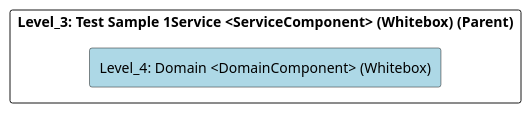
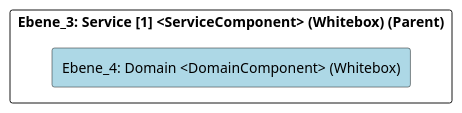
The diagram in src/cleon.architecturemethods.arc42.sample/doc/cleon_architecturemethods_arc42_sample_software_microservice/adoc/en/05_building_block_view/microservicesample/servicelayer/service_1/domain/level_4_domain.adoc (marcozwyssig/cleon), drawn with PlantUML before and after one commit. The commit also changed other lines of this file and 214 other files, not shown here.

```diff
--- a/src/cleon.architecturemethods.arc42.sample/doc/cleon_architecturemethods_arc42_sample_software_microservice/adoc/en/05_building_block_view/microservicesample/servicelayer/service_1/domain/level_4_domain.adoc
+++ b/src/cleon.architecturemethods.arc42.sample/doc/cleon_architecturemethods_arc42_sample_software_microservice/adoc/en/05_building_block_view/microservicesample/servicelayer/service_1/domain/level_4_domain.adoc
@@ -20,24 +20,24 @@
-[plantuml, Level_4: Domain <DomainComponent> (Whitebox)BlockOverview, format="svg"]
+[plantuml, Ebene_4: Domain <DomainComponent> (Whitebox)BlockOverview, format="svg"]
 ----
-@startuml Level_4: Domain <DomainComponent> (Whitebox)BuildingBlockOverview
+@startuml Ebene_4: Domain <DomainComponent> (Whitebox)BuildingBlockOverview
 
 skinparam ranksep 10
 skinparam componentStyle rectangle
 skinparam shadowing false
 skinparam arrowColor lightblue
 skinparam arrowThickness 1.2
 skinparam rectangle {
   BackgroundColor White
   BorderColor #333
   RoundCorner 10
 }
 top to bottom direction
 
-component "Level_3: Test Sample 1Service <ServiceComponent> (Whitebox) (Parent)" {
-    component "Level_4: Domain <DomainComponent> (Whitebox)" #lightblue {
+component "Ebene_3: Service [1] <ServiceComponent> (Whitebox) (Parent)" {
+    component "Ebene_4: Domain <DomainComponent> (Whitebox)" #lightblue {
     }
 
 }
 
 @enduml
 ----
```
